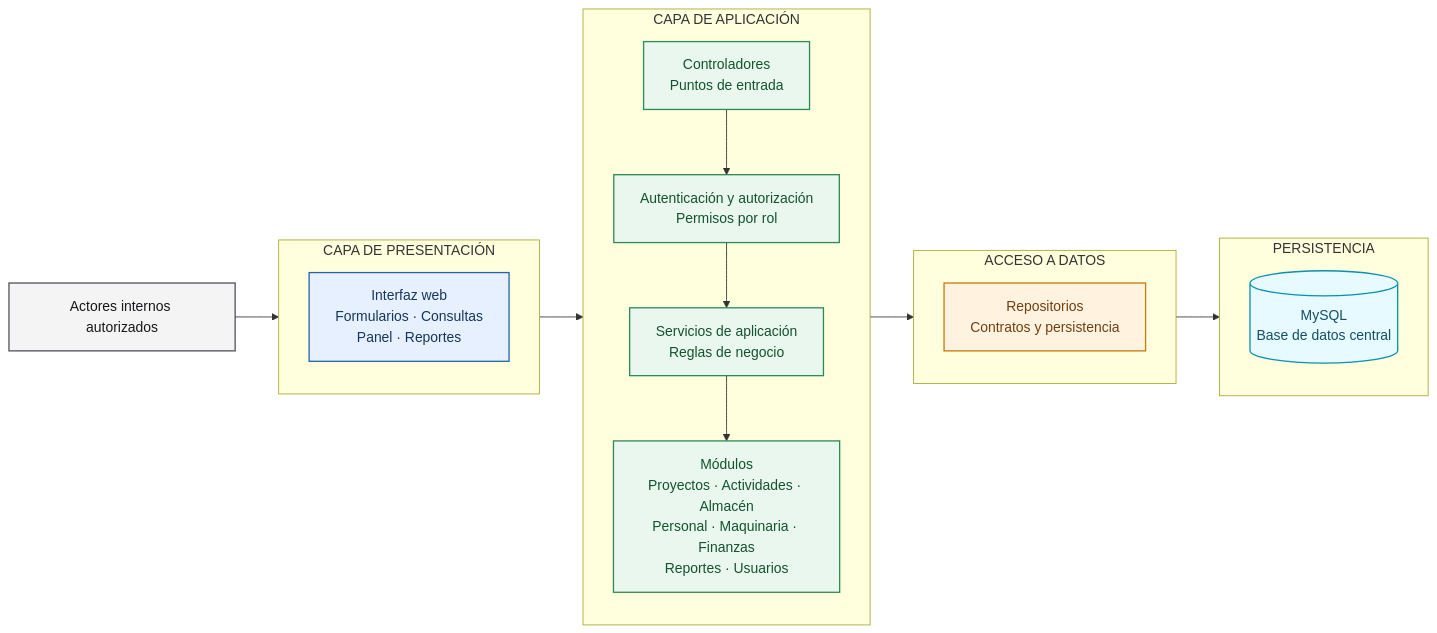
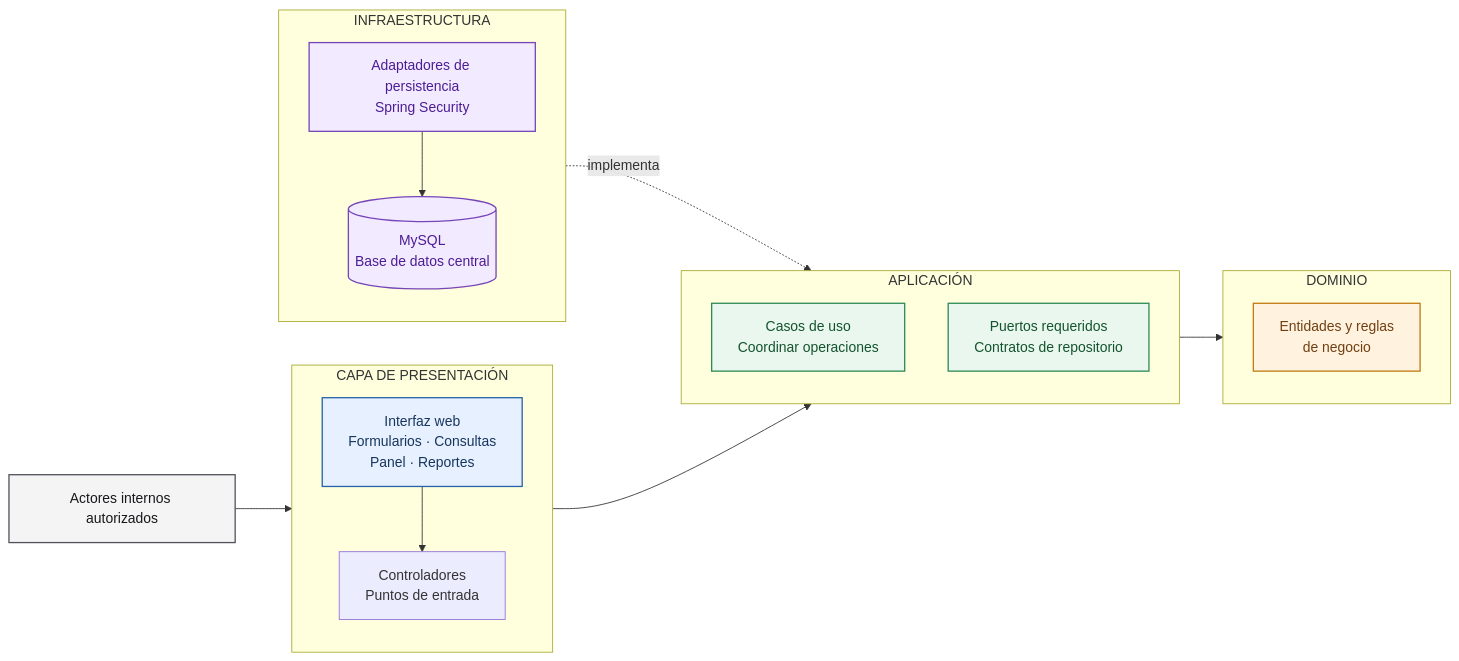
The diagram in img/fuentes/arquitectura-inicial.mmd (dostinarroyo/Constructora-arquitSoft-02-Dostin_Arroyo), drawn with Mermaid before and after one commit. The commit also changed 18 other files, not shown here.

First line of the commit message:
docs: align architecture with Clean Architecture

```diff
--- a/img/fuentes/arquitectura-inicial.mmd
+++ b/img/fuentes/arquitectura-inicial.mmd
@@ -1,41 +1,42 @@
 flowchart LR
     U["Actores internos autorizados"]
 
     subgraph PRESENTACION["CAPA DE PRESENTACIÓN"]
         direction TB
         WEB["Interfaz web<br/>Formularios · Consultas<br/>Panel · Reportes"]
+        CTRL["Controladores<br/>Puntos de entrada"]
     end
 
-    subgraph APLICACION["CAPA DE APLICACIÓN"]
+    subgraph APLICACION["APLICACIÓN"]
         direction TB
-        CTRL["Controladores<br/>Puntos de entrada"]
-        AUTH["Autenticación y autorización<br/>Permisos por rol"]
-        SERV["Servicios de aplicación<br/>Reglas de negocio"]
-        MOD["Módulos<br/>Proyectos · Actividades · Almacén<br/>Personal · Maquinaria · Finanzas<br/>Reportes · Usuarios"]
-        CTRL --> AUTH --> SERV --> MOD
+        USECASE["Casos de uso<br/>Coordinar operaciones"]
+        PORT["Puertos requeridos<br/>Contratos de repositorio"]
     end
 
-    subgraph DATOS["ACCESO A DATOS"]
+    subgraph DOMINIO["DOMINIO"]
         direction TB
-        REPO["Repositorios<br/>Contratos y persistencia"]
+        RULES["Entidades y reglas<br/>de negocio"]
     end
 
-    subgraph PERSISTENCIA["PERSISTENCIA"]
+    subgraph INFRAESTRUCTURA["INFRAESTRUCTURA"]
         direction TB
+        ADAPTER["Adaptadores de persistencia<br/>Spring Security"]
         DB[("MySQL<br/>Base de datos central")]
+        ADAPTER --> DB
     end
 
-    U --> WEB --> CTRL
-    MOD --> REPO --> DB
+    U --> WEB --> CTRL --> USECASE
+    USECASE --> RULES
+    ADAPTER -. "implementa" .-> PORT
 
     classDef user fill:#f4f4f5,stroke:#52525b,color:#18181b,stroke-width:1.5px
     classDef presentation fill:#e7f0ff,stroke:#2563a6,color:#17365d,stroke-width:1.5px
     classDef application fill:#e9f7ef,stroke:#2d8a57,color:#14532d,stroke-width:1.5px
-    classDef data fill:#fff3df,stroke:#c27a12,color:#713f12,stroke-width:1.5px
-    classDef persistence fill:#e6faff,stroke:#0891b2,color:#164e63,stroke-width:1.5px
+    classDef domain fill:#fff3df,stroke:#c27a12,color:#713f12,stroke-width:1.5px
+    classDef infrastructure fill:#f2eaff,stroke:#7646b8,color:#4c1d95,stroke-width:1.5px
 
     class U user
     class WEB presentation
-    class CTRL,AUTH,SERV,MOD application
-    class REPO data
-    class DB persistence
+    class USECASE,PORT application
+    class RULES domain
+    class ADAPTER,DB infrastructure
```
